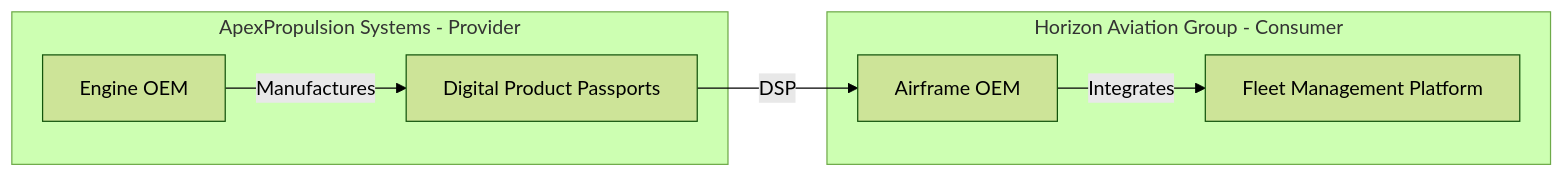
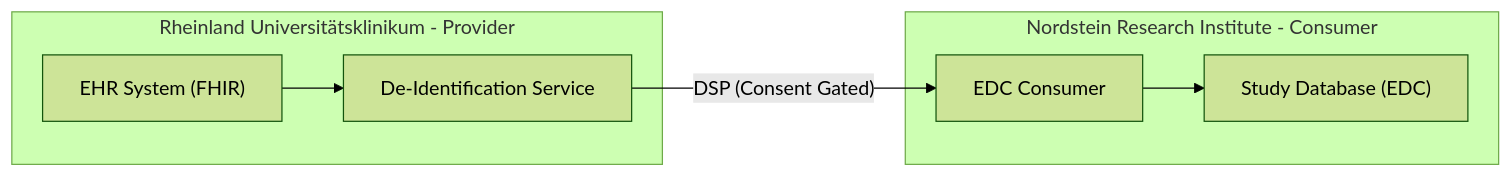
Before and after one commit to ma3u/MinimumViableDataspace: the diagram in README.md, drawn with Mermaid (forest theme). The commit also changed other lines of this file and 11 other files, not shown here.

````diff
--- a/README.md
+++ b/README.md
@@ -70,16 +46,16 @@
 ```mermaid
 flowchart LR
-    subgraph Provider["ApexPropulsion Systems - Provider"]
-        RR["Engine OEM"]
-        DPP["Digital Product Passports"]
+    subgraph Provider["Rheinland Universitätsklinikum - Provider"]
+        EHR["EHR System (FHIR)"]
+        DeID["De-Identification Service"]
     end
     
-    subgraph Consumer["Horizon Aviation Group - Consumer"]
-        AB["Airframe OEM"]
-        SKY["Fleet Management Platform"]
+    subgraph Consumer["Nordstein Research Institute - Consumer"]
+        EDC_C["EDC Consumer"]
+        StudyDB["Study Database (EDC)"]
     end
     
-    RR --> |"Manufactures"| DPP
-    DPP --> |"DSP"| AB
-    AB --> |"Integrates"| SKY
+    EHR --> DeID
+    DeID --> |"DSP (Consent Gated)"| EDC_C
+    EDC_C --> StudyDB
 ```
````
